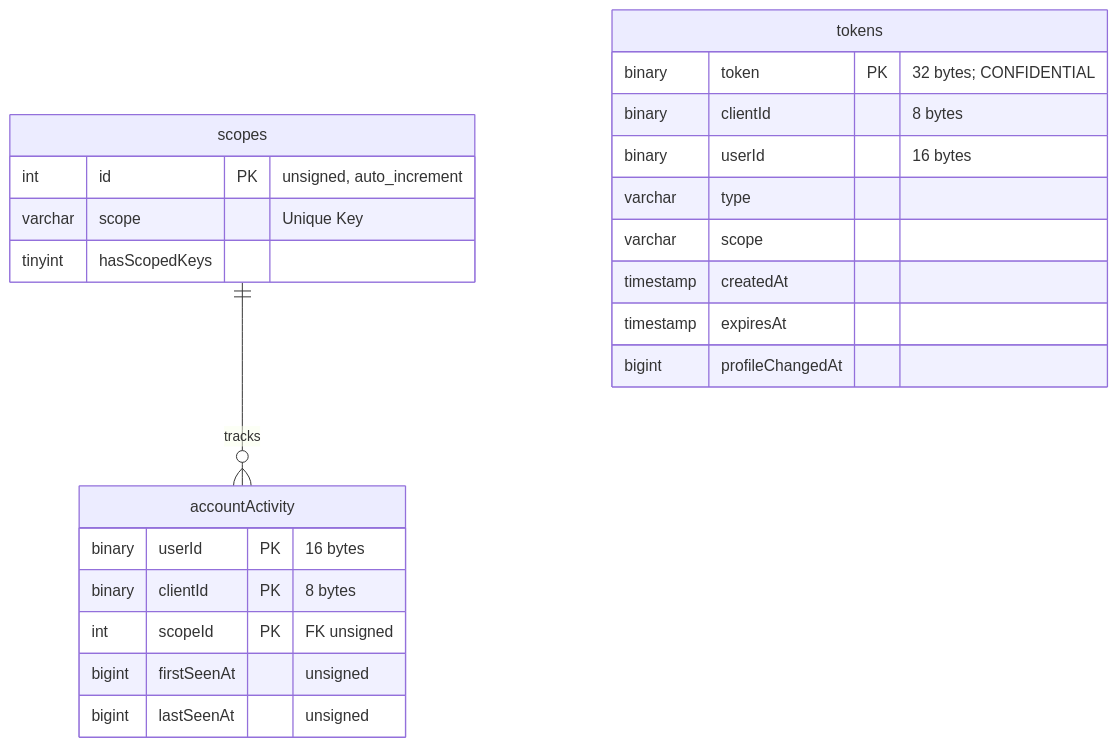
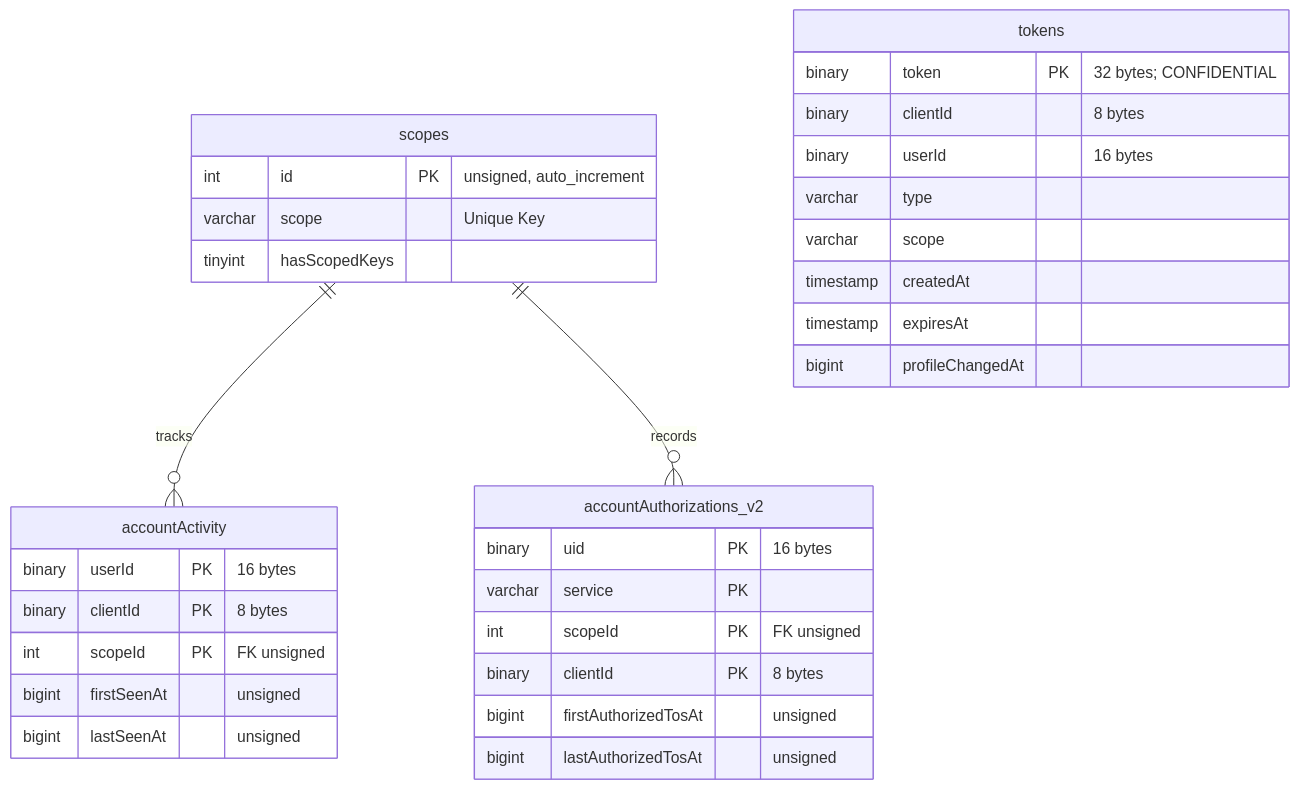
Before and after one commit to mozilla/ecosystem-platform: diagram 17 of 19 in docs/reference/database-structure.md, drawn with Mermaid. The commit also changed other lines of this file, not shown here.

First line of the commit message:
docs: reconcile db diagrams with patch levels 199 and 39

````diff
--- a/docs/reference/database-structure.md
+++ b/docs/reference/database-structure.md
@@ -441,26 +456,35 @@
 ```mermaid
 erDiagram
     scopes {
         int id PK "unsigned, auto_increment"
         varchar scope "Unique Key"
         tinyint hasScopedKeys
     }
     scopes ||--o{ accountActivity : tracks
     accountActivity {
         binary userId PK "16 bytes"
         binary clientId PK "8 bytes"
         int scopeId PK "FK unsigned"
         bigint firstSeenAt "unsigned"
         bigint lastSeenAt "unsigned"
     }
+    scopes ||--o{ accountAuthorizations_v2 : records
+    accountAuthorizations_v2 {
+        binary uid PK "16 bytes"
+        varchar service PK
+        int scopeId PK "FK unsigned"
+        binary clientId PK "8 bytes"
+        bigint firstAuthorizedTosAt "unsigned"
+        bigint lastAuthorizedTosAt "unsigned"
+    }
     tokens {
         binary token PK "32 bytes; CONFIDENTIAL"
         binary clientId "8 bytes"
         binary userId "16 bytes"
         varchar type
         varchar scope
         timestamp createdAt
         timestamp expiresAt
         bigint profileChangedAt
     }
 ```
````
